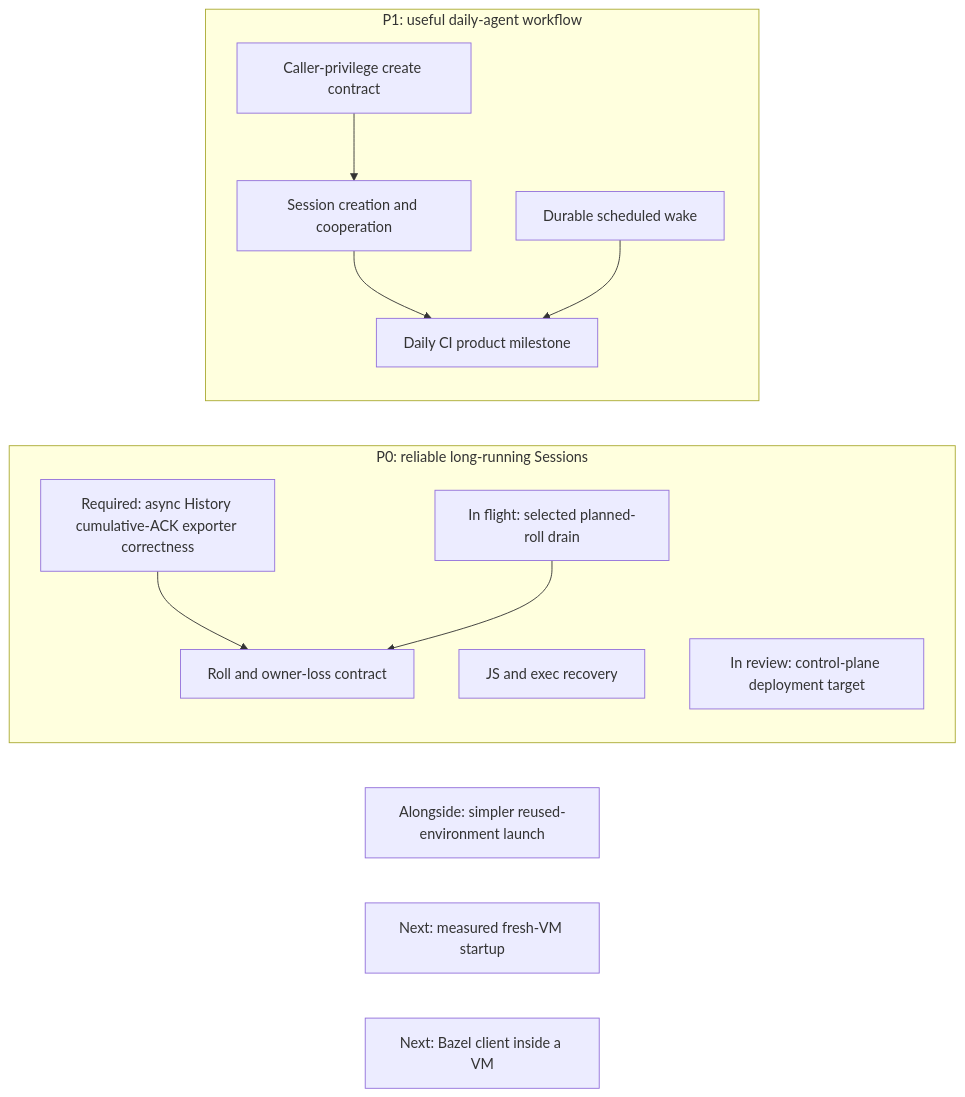
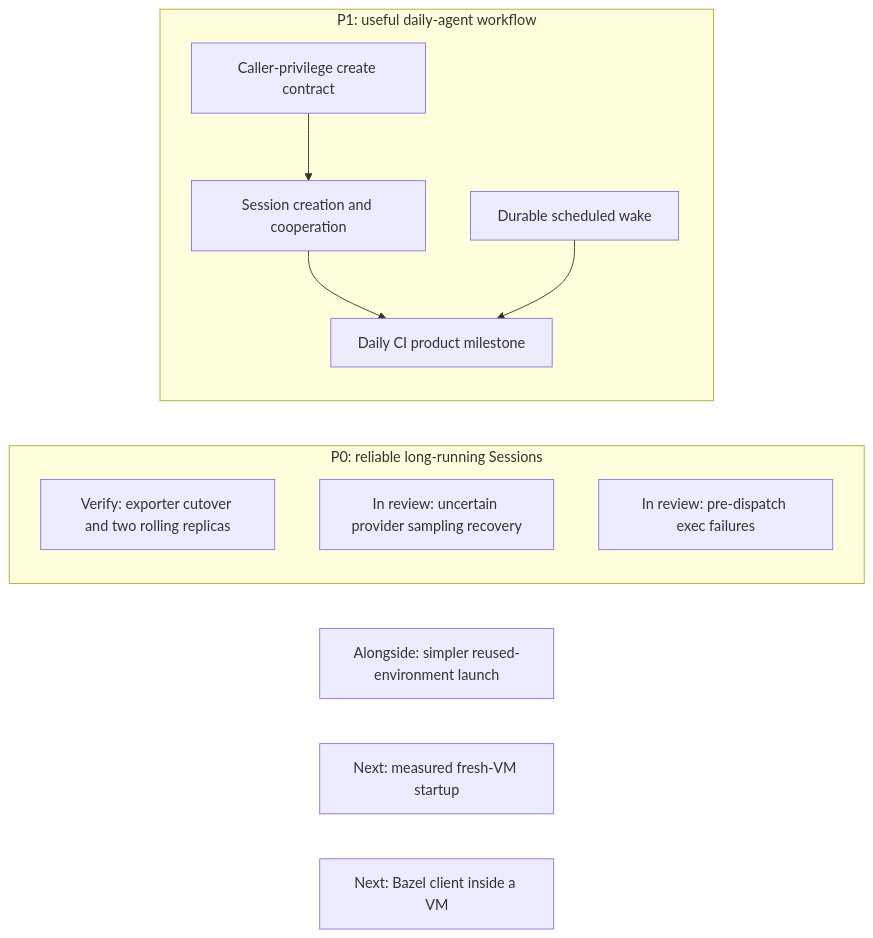
The first of 18 diagrams in agentplane/plans/task_dag.md (agentydragon/ducktape), drawn with Mermaid before and after one commit. The commit also changed other lines of this file, not shown here.

````diff
--- a/agentplane/plans/task_dag.md
+++ b/agentplane/plans/task_dag.md
@@ -145,20 +146,16 @@
 ```mermaid
 flowchart LR
     subgraph PRIORITY_ZERO[P0: reliable long-running Sessions]
-        CENTRAL_SAMPLER_HISTORY_EXPORT[Required: async History cumulative-ACK exporter correctness]
-        CENTRAL_SAMPLER_REPLICA_ROLLOUT[Roll and owner-loss contract]
-        CENTRAL_SAMPLER_PLANNED_DRAIN[In flight: selected planned-roll drain]
-        CENTRAL_SAMPLER_TOOL_RECOVERY[JS and exec recovery]
-        CONTROL_PLANE_ROLLING_SERVICES[In review: control-plane deployment target]
-        CENTRAL_SAMPLER_HISTORY_EXPORT --> CENTRAL_SAMPLER_REPLICA_ROLLOUT
-        CENTRAL_SAMPLER_PLANNED_DRAIN --> CENTRAL_SAMPLER_REPLICA_ROLLOUT
+        CENTRAL_SAMPLER_REPLICA_ROLLOUT[Verify: exporter cutover and two rolling replicas]
+        CENTRAL_SAMPLER_SAMPLING_RECOVERY[In review: uncertain provider sampling recovery]
+        CENTRAL_SAMPLER_TOOL_RECOVERY[In review: pre-dispatch exec failures]
     end
     subgraph PRIORITY_ONE[P1: useful daily-agent workflow]
         THREAD_CREATE_POLICY[Caller-privilege create contract] --> THREAD_CREATE_AUTHORIZATION[Session creation and cooperation]
         THREAD_CREATE_AUTHORIZATION --> DAILY_CI_AGENT[Daily CI product milestone]
         SCHEDULED_AGENT_WAKE[Durable scheduled wake] --> DAILY_CI_AGENT
     end
     SESSION_LAUNCH_FRICTION[Alongside: simpler reused-environment launch]
     VM_STARTUP_LATENCY[Next: measured fresh-VM startup]
     LOCAL_BAZEL[Next: Bazel client inside a VM]
 ```
````
